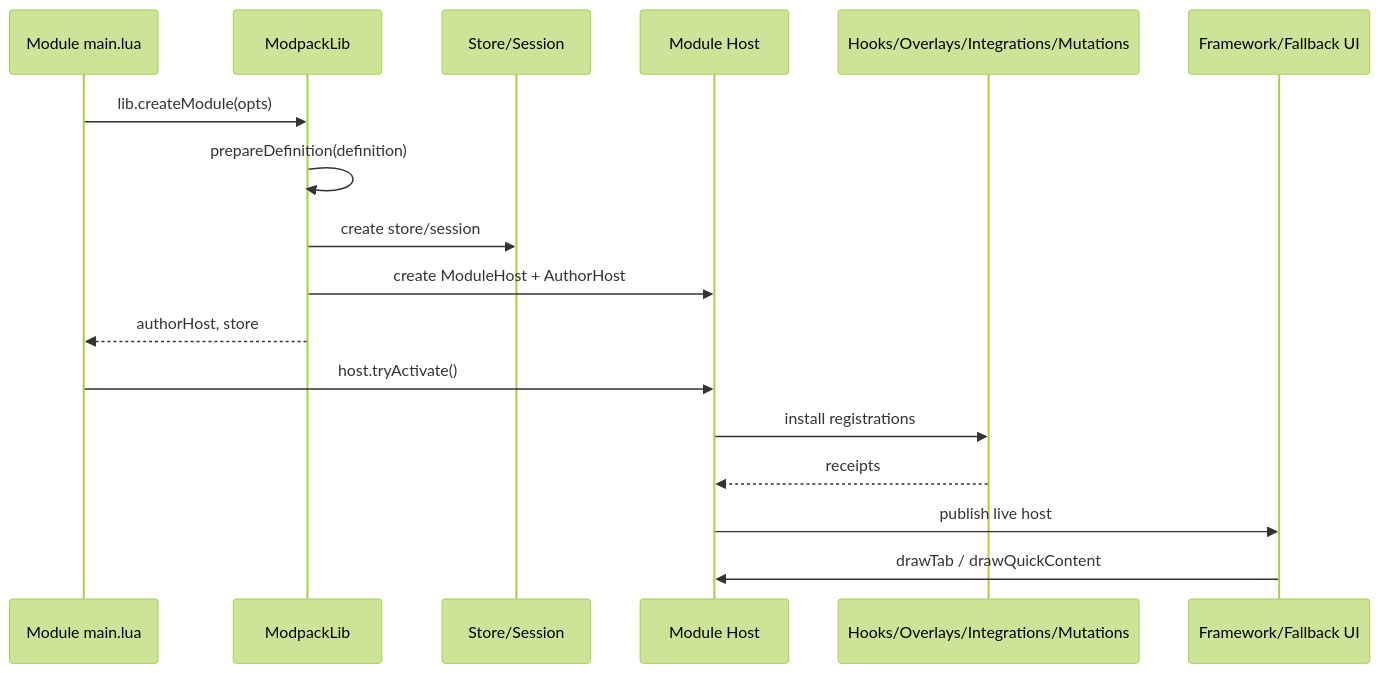
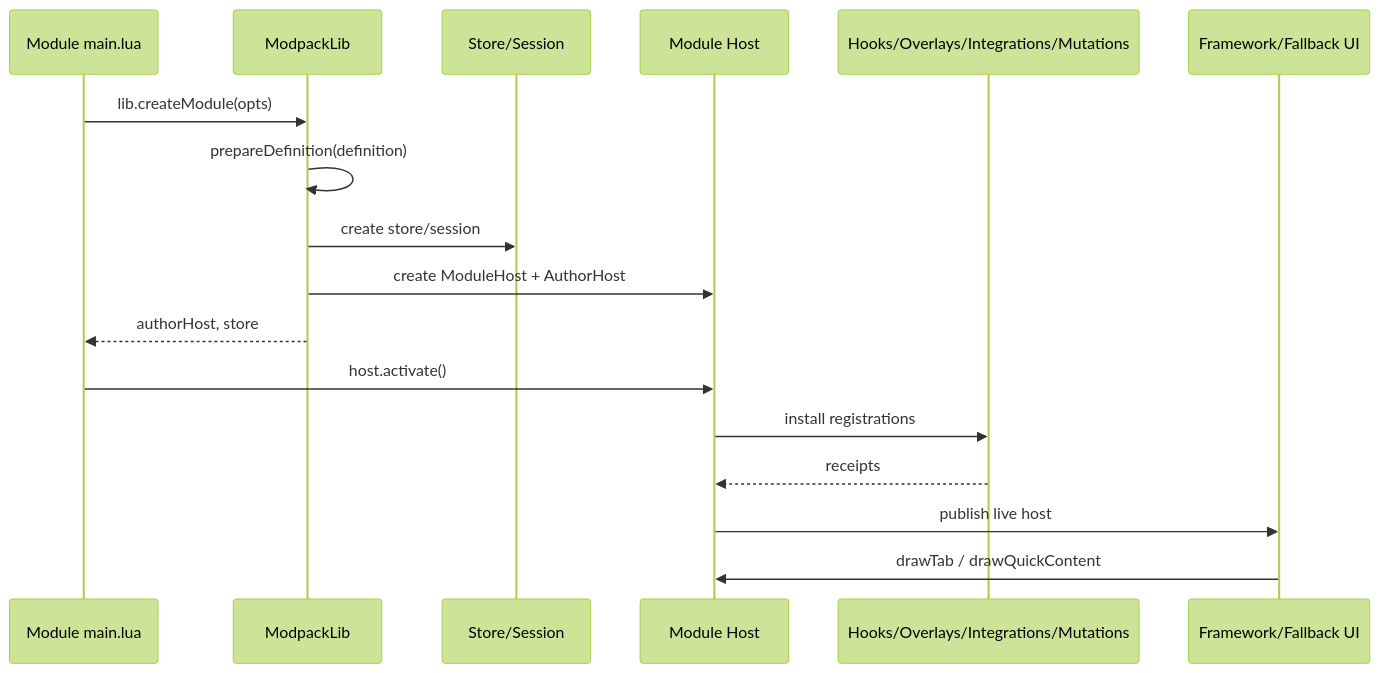
Before and after one commit to maybe-adamant/h2-pack-Modpack_Lib: the third of 5 diagrams in docs/SYSTEM_INFRASTRUCTURE.md, drawn with Mermaid (forest theme). The commit also changed other lines of this file and 32 other files, not shown here.

````diff
--- a/docs/SYSTEM_INFRASTRUCTURE.md
+++ b/docs/SYSTEM_INFRASTRUCTURE.md
@@ -103,21 +103,21 @@
 ```mermaid
 sequenceDiagram
     participant Module as Module main.lua
     participant Lib as ModpackLib
     participant State as Store/Session
     participant Host as Module Host
     participant Effects as Hooks/Overlays/Integrations/Mutations
     participant Framework as Framework/Fallback UI
 
     Module->>Lib: lib.createModule(opts)
     Lib->>Lib: prepareDefinition(definition)
     Lib->>State: create store/session
     Lib->>Host: create ModuleHost + AuthorHost
     Lib-->>Module: authorHost, store
 
-    Module->>Host: host.tryActivate()
+    Module->>Host: host.activate()
     Host->>Effects: install registrations
     Effects-->>Host: receipts
     Host->>Framework: publish live host
     Framework->>Host: drawTab / drawQuickContent
 ```
````
